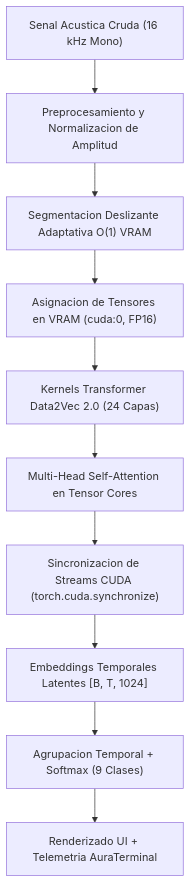
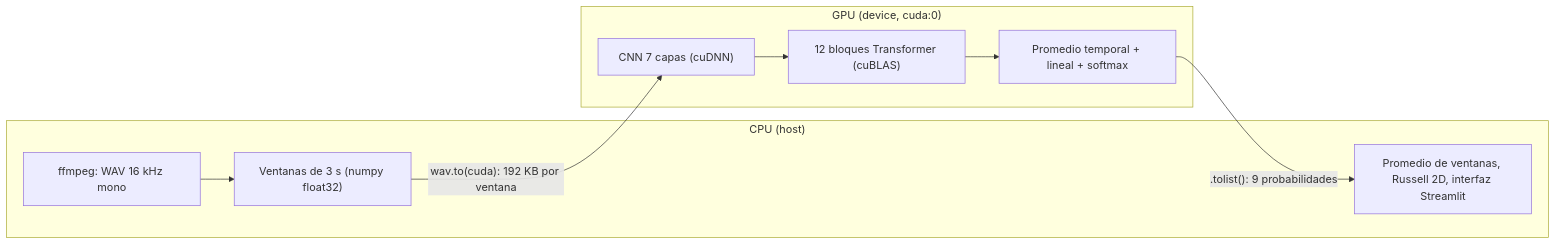
The diagram in README.md (JsLealM/sense-ai-emotion-es), drawn with Mermaid before and after one commit. The commit also changed other lines of this file and 1 other file, not shown here.

````diff
--- a/README.md
+++ b/README.md
@@ -91,12 +115,12 @@
 ```mermaid
-flowchart TD
-    AudioIn["Senal Acustica Cruda (16 kHz Mono)"] --> PreProc["Preprocesamiento y Normalizacion de Amplitud"]
-    PreProc --> Chunking["Segmentacion Deslizante Adaptativa O(1) VRAM"]
-    Chunking --> VRAMAlloc["Asignacion de Tensores en VRAM (cuda:0, FP16)"]
-    VRAMAlloc --> D2VKernels["Kernels Transformer Data2Vec 2.0 (24 Capas)"]
-    D2VKernels --> TensorCores["Multi-Head Self-Attention en Tensor Cores"]
-    TensorCores --> CUDASync["Sincronizacion de Streams CUDA (torch.cuda.synchronize)"]
-    CUDASync --> LatentEmbeds["Embeddings Temporales Latentes [B, T, 1024]"]
-    LatentEmbeds --> SoftmaxOut["Agrupacion Temporal + Softmax (9 Clases)"]
-    SoftmaxOut --> Dashboard["Renderizado UI + Telemetria AuraTerminal"]
+flowchart LR
+    subgraph HOST["CPU (host)"]
+        A["ffmpeg: WAV 16 kHz mono"] --> B["Ventanas de 3 s (numpy float32)"]
+        G["Promedio de ventanas, Russell 2D, interfaz Streamlit"]
+    end
+    subgraph DEVICE["GPU (device, cuda:0)"]
+        C["CNN 7 capas (cuDNN)"] --> D["12 bloques Transformer (cuBLAS)"] --> E["Promedio temporal + lineal + softmax"]
+    end
+    B -- "wav.to(cuda): 192 KB por ventana" --> C
+    E -- ".tolist(): 9 probabilidades" --> G
 ```
````
